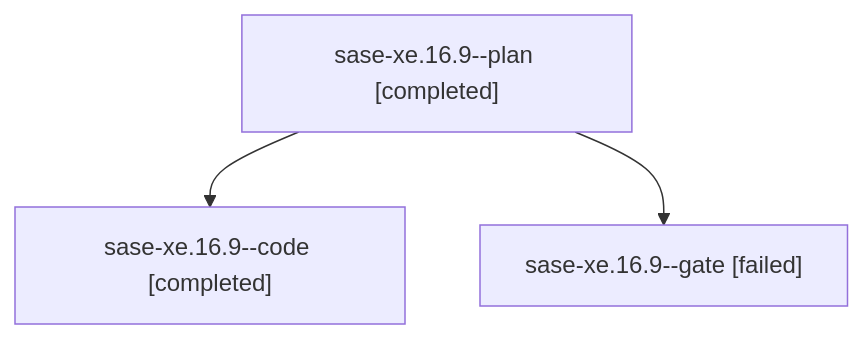
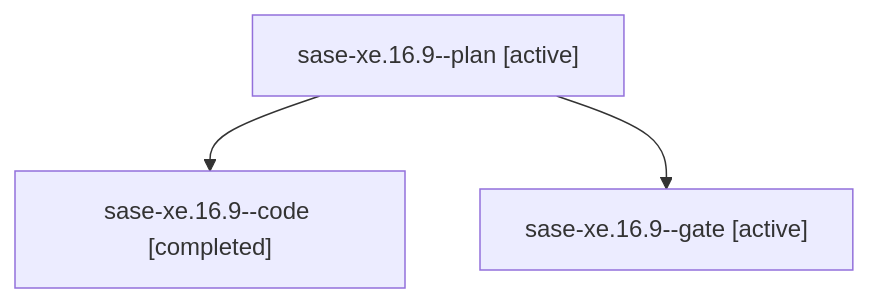
One commit to sase-org/sase--agents changed the diagram in families/bbugyi200.athena.sase-xe.16.9.md. Above: the diagram before and after it, drawn with Mermaid. The commit also changed other lines of this file and 35830 other files, not shown here.

````diff
--- a/families/bbugyi200.athena.sase-xe.16.9.md
+++ b/families/bbugyi200.athena.sase-xe.16.9.md
@@ -9,8 +9,8 @@
 ```mermaid
 flowchart TD
-  n0["sase-xe.16.9--plan [completed]"]
+  n0["sase-xe.16.9--plan [active]"]
   n1["sase-xe.16.9--code [completed]"]
   n0 --> n1
-  n2["sase-xe.16.9--gate [failed]"]
+  n2["sase-xe.16.9--gate [active]"]
   n0 --> n2
 ```
````
